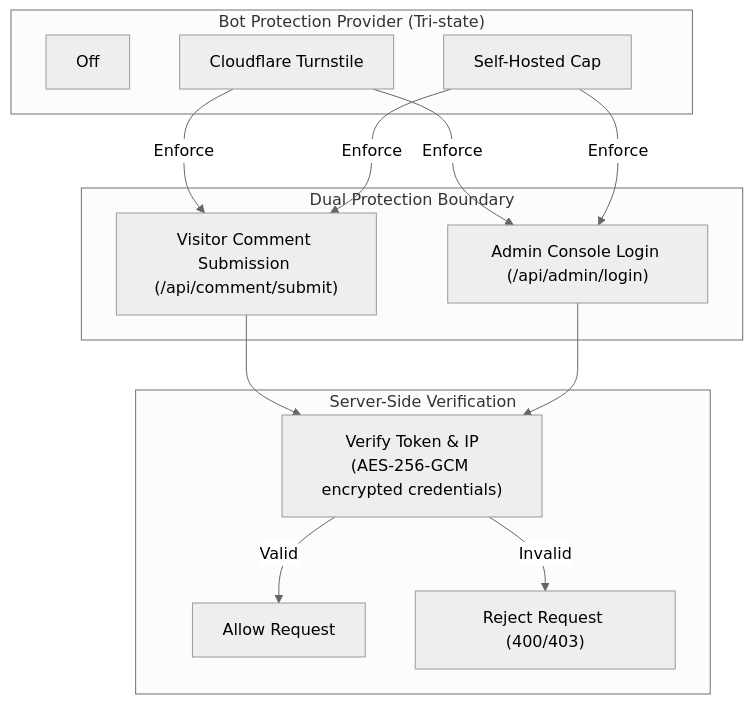
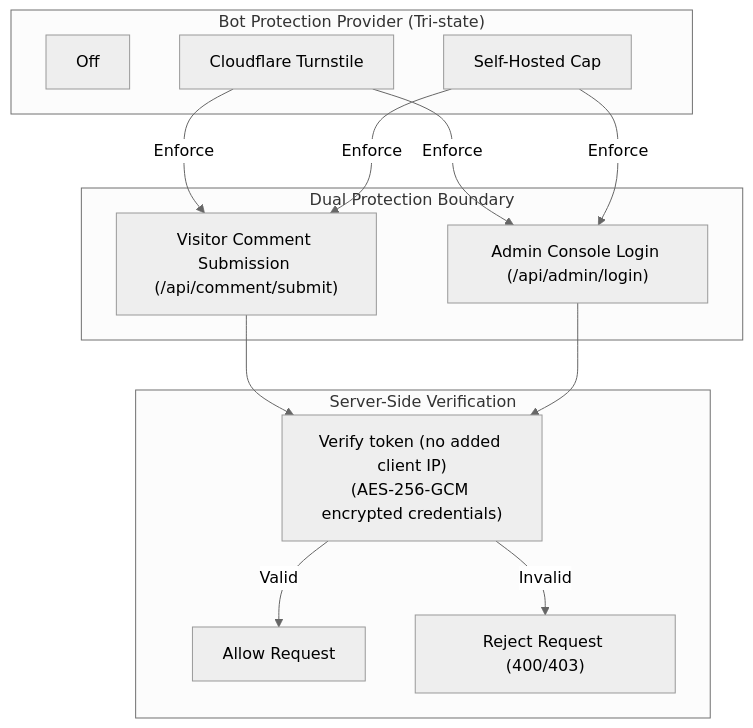
The diagram in docs/en/self-hosting/admin.md (DejavuMoe/Ecoku), drawn with Mermaid (neutral theme) before and after one commit. The commit also changed other lines of this file and 76 other files, not shown here.

````diff
--- a/docs/en/self-hosting/admin.md
+++ b/docs/en/self-hosting/admin.md
@@ -40,28 +43,28 @@
 ```mermaid
 graph TD
     subgraph Provider["Bot Protection Provider (Tri-state)"]
         P1["Off"]
         P2["Cloudflare Turnstile"]
         P3["Self-Hosted Cap"]
     end
 
     subgraph Protection["Dual Protection Boundary"]
         Visitor["Visitor Comment Submission (/api/comment/submit)"]
         Admin["Admin Console Login (/api/admin/login)"]
     end
 
     subgraph Verification["Server-Side Verification"]
-        VerifyToken["Verify Token & IP<br/>(AES-256-GCM encrypted credentials)"]
+        VerifyToken["Verify token (no added client IP)<br/>(AES-256-GCM encrypted credentials)"]
         Pass["Allow Request"]
         Reject["Reject Request (400/403)"]
     end
 
     P2 -->|Enforce| Visitor
     P2 -->|Enforce| Admin
     P3 -->|Enforce| Visitor
     P3 -->|Enforce| Admin
     Visitor --> VerifyToken
     Admin --> VerifyToken
     VerifyToken -->|Valid| Pass
     VerifyToken -->|Invalid| Reject
 ```
````
